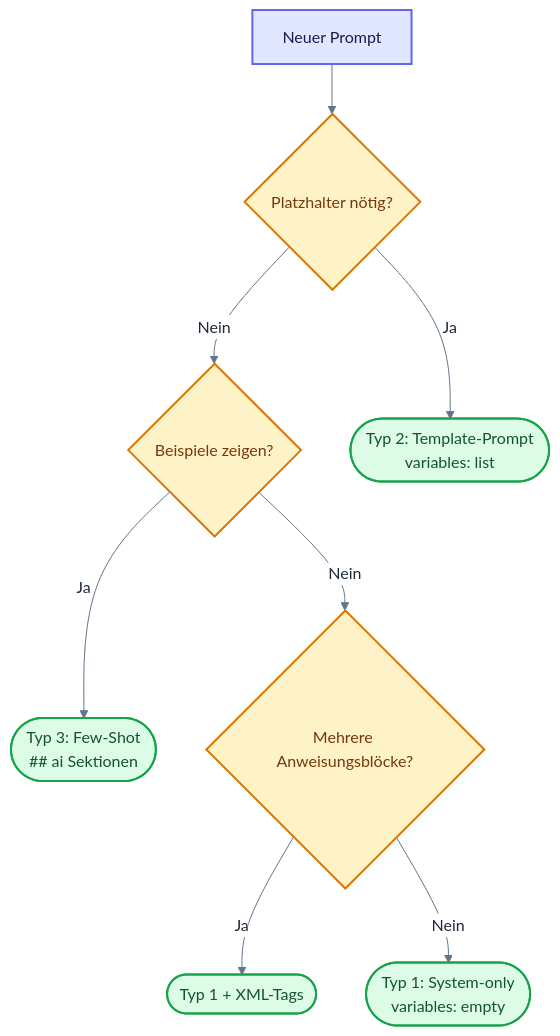
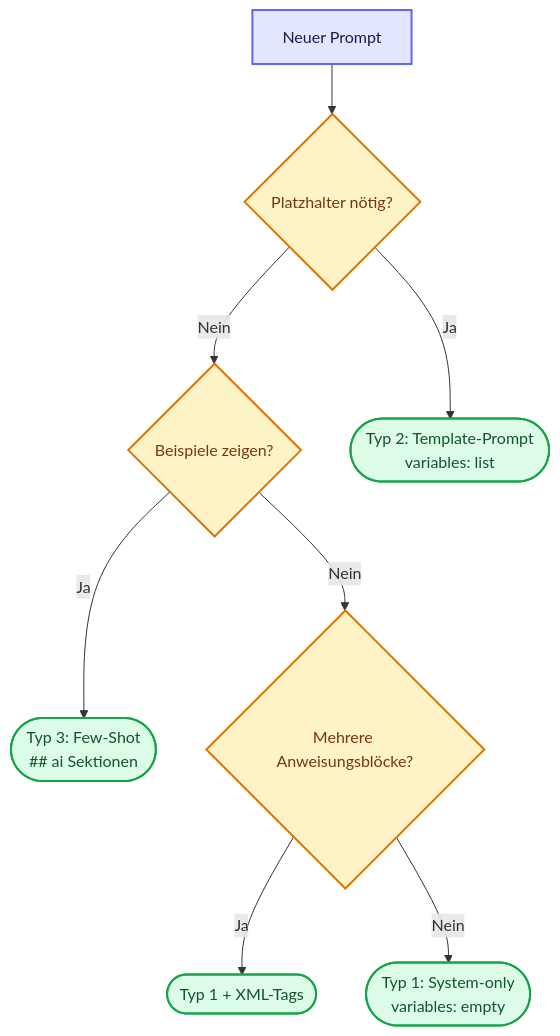
Before and after one commit to ralf-42/GenAI: the diagram in docs/05-prompting-rag/prompt-template.md, drawn with Mermaid. The commit also changed 50 other files, not shown here.

````diff
--- a/docs/05-prompting-rag/prompt-template.md
+++ b/docs/05-prompting-rag/prompt-template.md
@@ -354,36 +354,19 @@
 ```mermaid
----
-config:
-  theme: base
-  look: classic
-  themeVariables:
-    primaryColor: '#e0f2fe'
-    primaryBorderColor: '#0284c7'
-    primaryTextColor: '#1e293b'
-    lineColor: '#64748b'
-    clusterBkg: '#f8fafc'
-    clusterBorder: '#cbd5e1'
-    noteBkgColor: '#fef3c7'
-    noteBorderColor: '#d97706'
-    noteTextColor: '#78350f'
-    edgeLabelBackground: '#ffffff'
----
-
 flowchart TD
     A[Neuer Prompt] --> B{Platzhalter nötig?}
     B -->|Nein| C{Beispiele zeigen?}
     B -->|Ja| D([Typ 2: Template-Prompt<br>variables: list])
     C -->|Ja| E([Typ 3: Few-Shot<br>## ai Sektionen])
     C -->|Nein| F{Mehrere Anweisungsblöcke?}
     F -->|Ja| G([Typ 1 + XML-Tags])
     F -->|Nein| H([Typ 1: System-only<br>variables: empty])
 
 %% Funktionsfarben nach Mermaid_Best_Practices.md
 classDef default fill:#e0f2fe,stroke:#0284c7,stroke-width:2px,color:#0c4a6e;
 classDef input fill:#e0e7ff,stroke:#6366f1,stroke-width:2px,color:#1e1b4b;
 classDef metric fill:#fef3c7,stroke:#d97706,stroke-width:2px,color:#78350f;
 classDef output fill:#dcfce7,stroke:#16a34a,stroke-width:2px,color:#14532d;
 class A input;
 class B,C,F metric;
 class D,E,G,H output;
 ```
````
